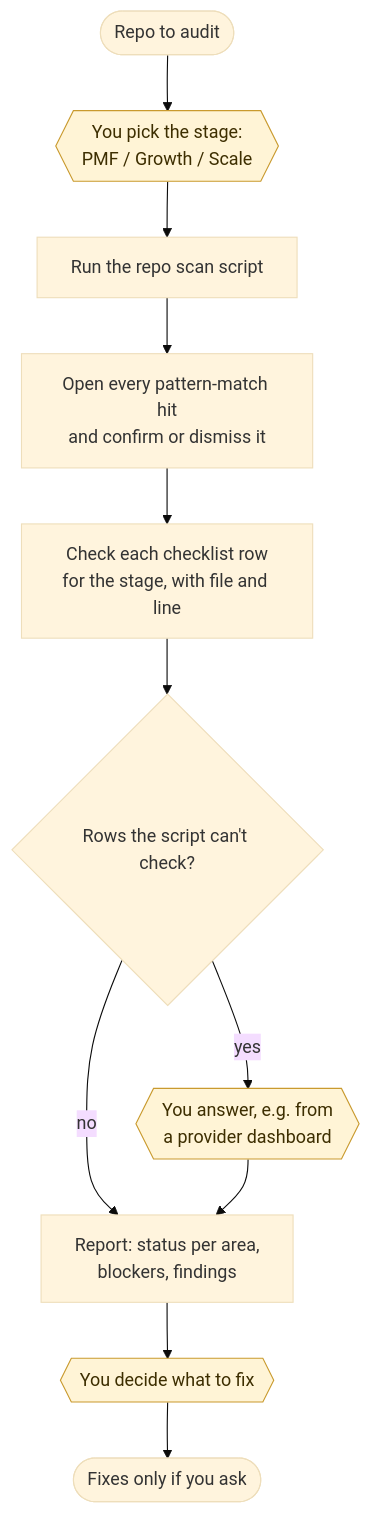
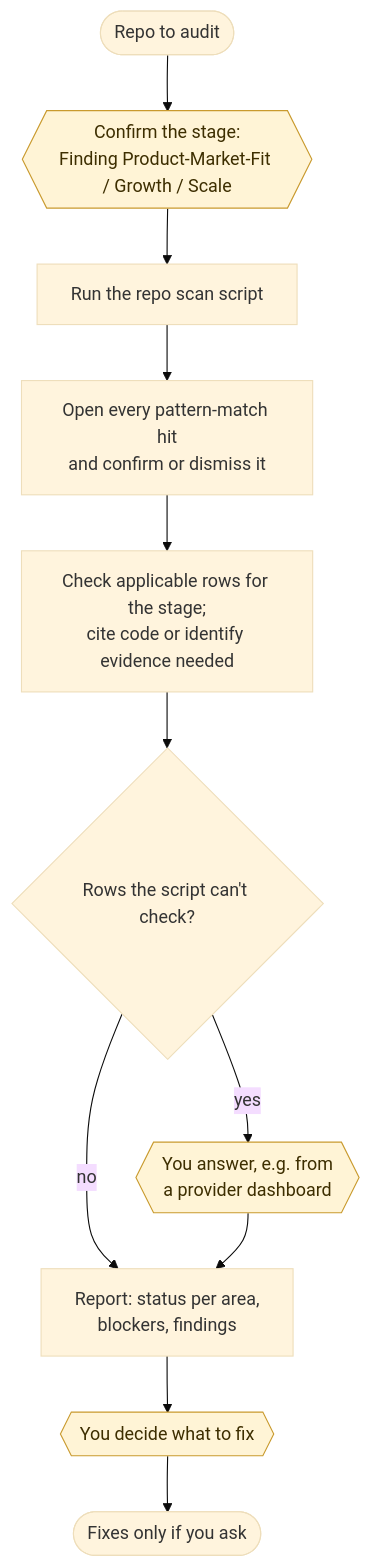
One commit to potlucktech/product-skills changed the diagram in product-launch-audit/README.md. Above: the diagram before and after it, drawn with Mermaid (base theme). The commit also changed other lines of this file and 25 other files, not shown here.

Commit message:
added product-architecture skill; updated launch audit items

````diff
--- a/product-launch-audit/README.md
+++ b/product-launch-audit/README.md
@@ -16,16 +16,16 @@
 ```mermaid
 flowchart TD
-    start([Repo to audit]) --> stage{{"You pick the stage:<br/>PMF / Growth / Scale"}}
+    start([Repo to audit]) --> stage{{"Confirm the stage:<br/>Finding Product-Market-Fit / Growth / Scale"}}
     stage --> scan[Run the repo scan script]
     scan --> heur[Open every pattern-match hit<br/>and confirm or dismiss it]
-    heur --> judge[Check each checklist row<br/>for the stage, with file and line]
+    heur --> judge[Check applicable rows for the stage;<br/>cite code or identify evidence needed]
     judge --> manual{Rows the script can't check?}
     manual -- yes --> ask{{"You answer, e.g. from<br/>a provider dashboard"}}
     manual -- no --> report
     ask --> report[Report: status per area,<br/>blockers, findings]
     report --> fix{{"You decide what to fix"}}
     fix --> done([Fixes only if you ask])
 
     classDef you fill:#fff4d6,stroke:#c99a2e,color:#3d2e00;
     class stage,ask,fix you;
 ```
````
